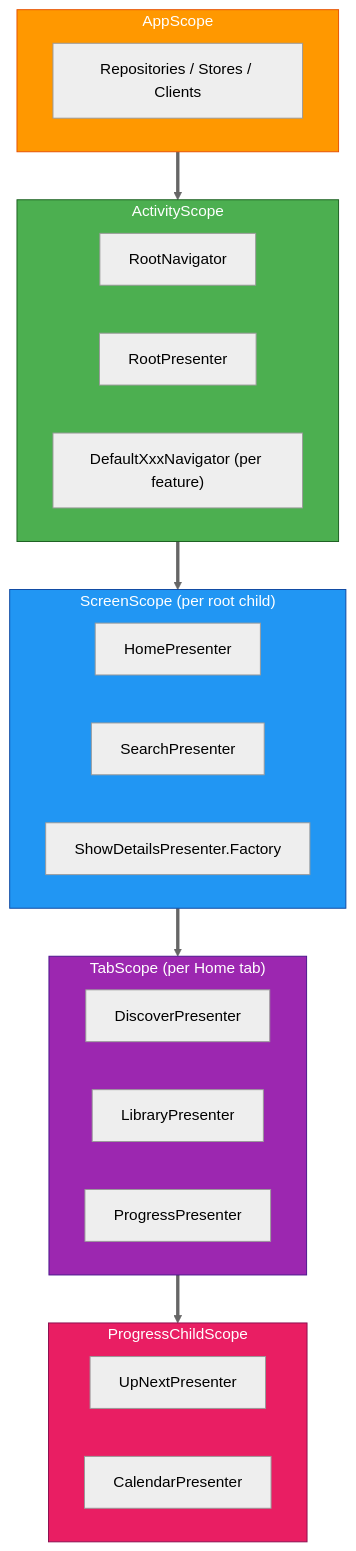
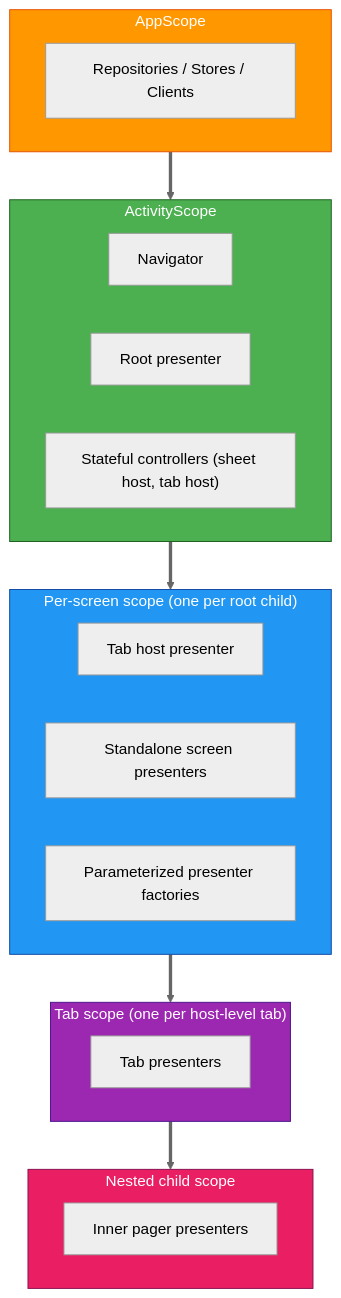
One commit to thomaskioko/tv-maniac changed the first of 3 diagrams in docs/architecture/NAVIGATION.md. Above: the diagram before and after it, drawn with Mermaid (neutral theme). The commit also changed other lines of this file and 6 other files, not shown here.

Commit message:
docs: update architecture guides to reflect navigation and DI refactor

````diff
--- a/docs/architecture/NAVIGATION.md
+++ b/docs/architecture/NAVIGATION.md
@@ -9,45 +20,42 @@
 ```mermaid
 graph TD
     subgraph AS["AppScope"]
         direction LR
         R["Repositories / Stores / Clients"]
     end
 
     subgraph ACS["ActivityScope"]
         direction LR
-        RN["RootNavigator"]
-        RP["RootPresenter"]
-        NAV["DefaultXxxNavigator (per feature)"]
+        RN["Navigator"]
+        RP["Root presenter"]
+        NAV["Stateful controllers (sheet host, tab host)"]
     end
 
-    subgraph SS["ScreenScope (per root child)"]
+    subgraph SS["Per-screen scope (one per root child)"]
         direction LR
-        HP["HomePresenter"]
-        SP["SearchPresenter"]
-        SDP["ShowDetailsPresenter.Factory"]
+        HP["Tab host presenter"]
+        SP["Standalone screen presenters"]
+        SDP["Parameterized presenter factories"]
     end
 
-    subgraph TS["TabScope (per Home tab)"]
+    subgraph TS["Tab scope (one per host-level tab)"]
         direction LR
-        DIS["DiscoverPresenter"]
-        LIB["LibraryPresenter"]
-        PRG["ProgressPresenter"]
+        DIS["Tab presenters"]
     end
 
-    subgraph PCS["ProgressChildScope"]
+    subgraph PCS["Nested child scope"]
         direction LR
-        UN["UpNextPresenter"]
-        CAL["CalendarPresenter"]
+        UN["Inner pager presenters"]
     end
 
     AS ==> ACS
     ACS ==> SS
     SS ==> TS
     TS ==> PCS
 
     style AS fill:#FF9800,color:#fff,stroke:#E65100
     style ACS fill:#4CAF50,color:#fff,stroke:#1B5E20
     style SS fill:#2196F3,color:#fff,stroke:#0D47A1
     style TS fill:#9C27B0,color:#fff,stroke:#4A148C
     style PCS fill:#E91E63,color:#fff,stroke:#880E4F
 ```
````
